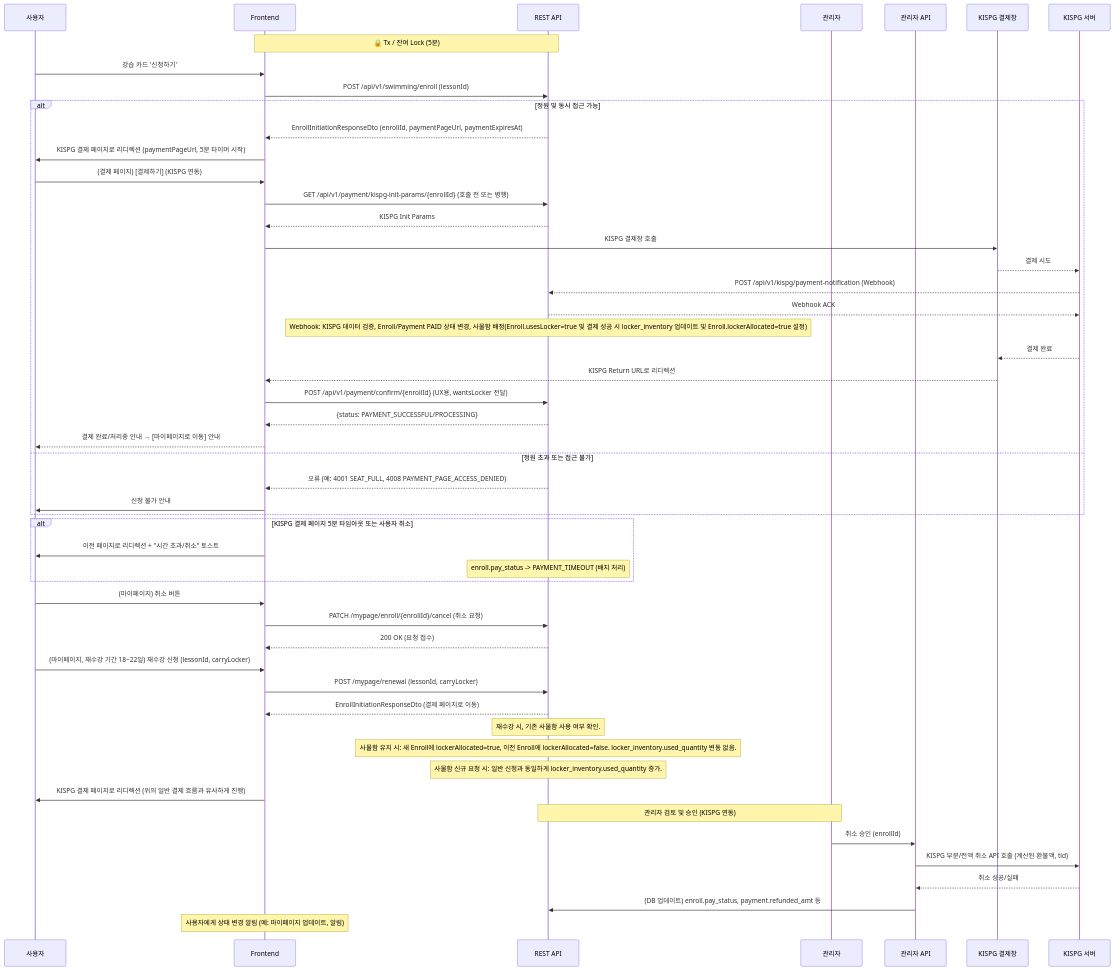
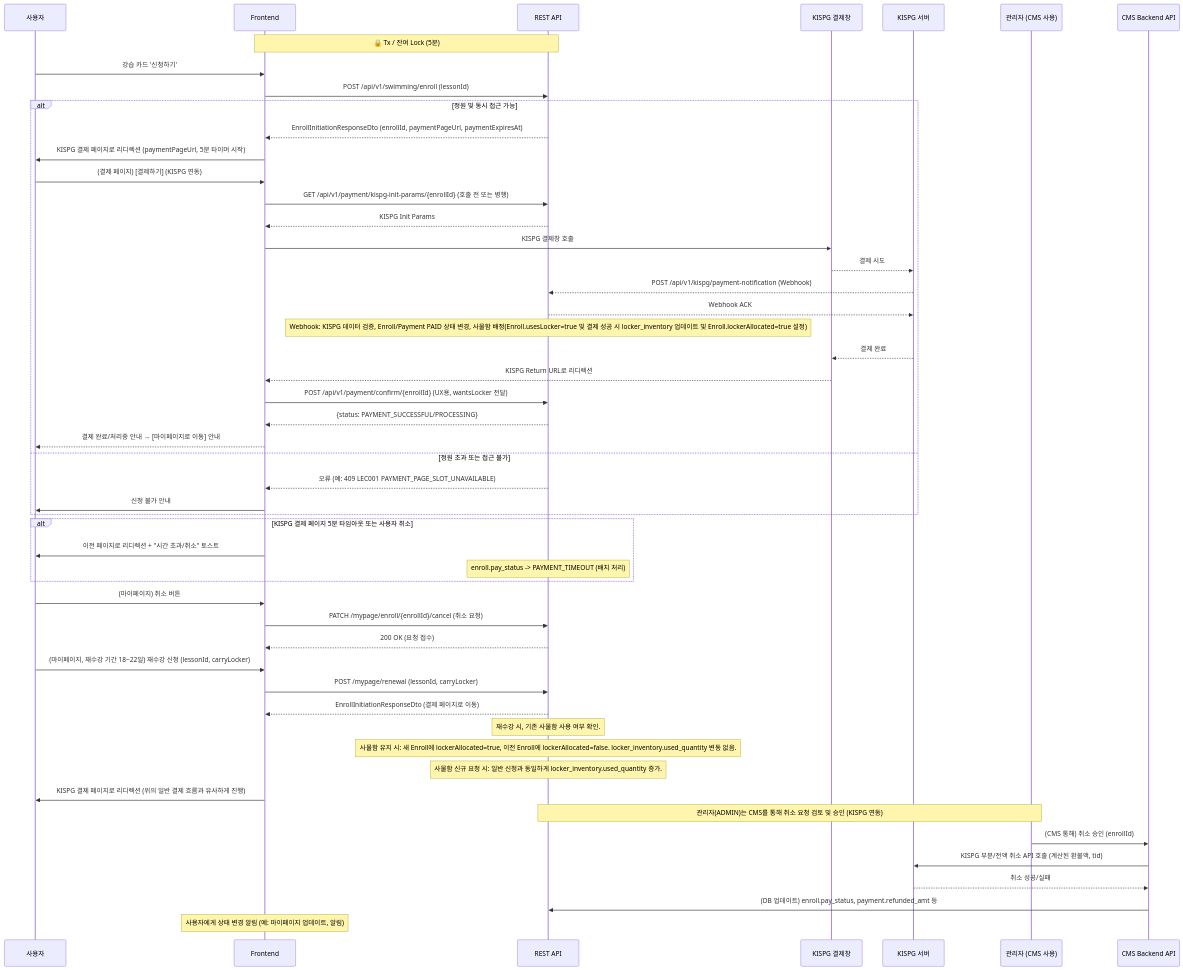
The diagram in Docs/cms/swim-overview.md (Russ481-k/arpina-server), drawn with Mermaid before and after one commit. The commit also changed other lines of this file and 36 other files, not shown here.

````diff
--- a/Docs/cms/swim-overview.md
+++ b/Docs/cms/swim-overview.md
@@ -33,57 +32,58 @@
   ```mermaid
   sequenceDiagram
       participant U as 사용자
       participant FE as Frontend
       participant API as REST API
-      participant ADM as 관리자
-      participant BO as 관리자 API
       participant KISPG_Window as KISPG 결제창
       participant KISPG_Server as KISPG 서버
+      %% 관리자 관련 시퀀스는 swim-admin.md 또는 별도 관리자 시퀀스에서 상세 기술
+      participant ADM as 관리자 (CMS 사용)
+      participant CMS_API as CMS Backend API
 
       Note over FE,API: 🔒 Tx / 잔여 Lock (5분)
       U->>FE: 강습 카드 '신청하기'
       FE->>API: POST /api/v1/swimming/enroll (lessonId)
       alt 정원 및 동시 접근 가능
         API-->>FE: EnrollInitiationResponseDto (enrollId, paymentPageUrl, paymentExpiresAt)
         FE->>U: KISPG 결제 페이지로 리디렉션 (paymentPageUrl, 5분 타이머 시작)
         U->>FE: (결제 페이지) [결제하기] (KISPG 연동)
         FE->>API: GET /api/v1/payment/kispg-init-params/{enrollId} (호출 전 또는 병행)
         API-->>FE: KISPG Init Params
         FE->>KISPG_Window: KISPG 결제창 호출
         KISPG_Window-->>KISPG_Server: 결제 시도
         KISPG_Server-->>API: POST /api/v1/kispg/payment-notification (Webhook)
         API-->>KISPG_Server: Webhook ACK
         Note over API: Webhook: KISPG 데이터 검증, Enroll/Payment PAID 상태 변경, 사물함 배정(Enroll.usesLocker=true 및 결제 성공 시 locker_inventory 업데이트 및 Enroll.lockerAllocated=true 설정)
         KISPG_Server-->>KISPG_Window: 결제 완료
         KISPG_Window-->>FE: KISPG Return URL로 리디렉션
         FE->>API: POST /api/v1/payment/confirm/{enrollId} (UX용, wantsLocker 전달)
         API-->>FE: {status: PAYMENT_SUCCESSFUL/PROCESSING}
         FE-->>U: 결제 완료/처리중 안내 → [마이페이지로 이동] 안내
       else 정원 초과 또는 접근 불가
-        API-->>FE: 오류 (예: 4001 SEAT_FULL, 4008 PAYMENT_PAGE_ACCESS_DENIED)
+        API-->>FE: 오류 (예: 409 LEC001 PAYMENT_PAGE_SLOT_UNAVAILABLE)
         FE->>U: 신청 불가 안내
       end
       alt KISPG 결제 페이지 5분 타임아웃 또는 사용자 취소
         FE->>U: 이전 페이지로 리디렉션 + "시간 초과/취소" 토스트
         Note over API: enroll.pay_status -> PAYMENT_TIMEOUT (배치 처리)
       end
 
       U->>FE: (마이페이지) 취소 버튼
       FE->>API: PATCH /mypage/enroll/{enrollId}/cancel (취소 요청)
       API-->>FE: 200 OK (요청 접수)
 
       U->>FE: (마이페이지, 재수강 기간 18~22일) 재수강 신청 (lessonId, carryLocker)
       FE->>API: POST /mypage/renewal (lessonId, carryLocker)
       API-->>FE: EnrollInitiationResponseDto (결제 페이지로 이동)
       Note over API: 재수강 시, 기존 사물함 사용 여부 확인.
       Note over API: 사물함 유지 시: 새 Enroll에 lockerAllocated=true, 이전 Enroll에 lockerAllocated=false. locker_inventory.used_quantity 변동 없음.
       Note over API: 사물함 신규 요청 시: 일반 신청과 동일하게 locker_inventory.used_quantity 증가.
       FE->>U: KISPG 결제 페이지로 리디렉션 (위의 일반 결제 흐름과 유사하게 진행)
 
-      Note over API,ADM: 관리자 검토 및 승인 (KISPG 연동)
-      ADM->>BO: 취소 승인 (enrollId)
-      BO->>KISPG_Server: KISPG 부분/전액 취소 API 호출 (계산된 환불액, tid)
-      KISPG_Server-->>BO: 취소 성공/실패
-      BO->>API: (DB 업데이트) enroll.pay_status, payment.refunded_amt 등
+      Note over API,ADM: 관리자(ADMIN)는 CMS를 통해 취소 요청 검토 및 승인 (KISPG 연동)
+      ADM->>CMS_API: (CMS 통해) 취소 승인 (enrollId)
+      CMS_API->>KISPG_Server: KISPG 부분/전액 취소 API 호출 (계산된 환불액, tid)
+      KISPG_Server-->>CMS_API: 취소 성공/실패
+      CMS_API->>API: (DB 업데이트) enroll.pay_status, payment.refunded_amt 등
       Note over FE: 사용자에게 상태 변경 알림 (예: 마이페이지 업데이트, 알림)
   ```
````
